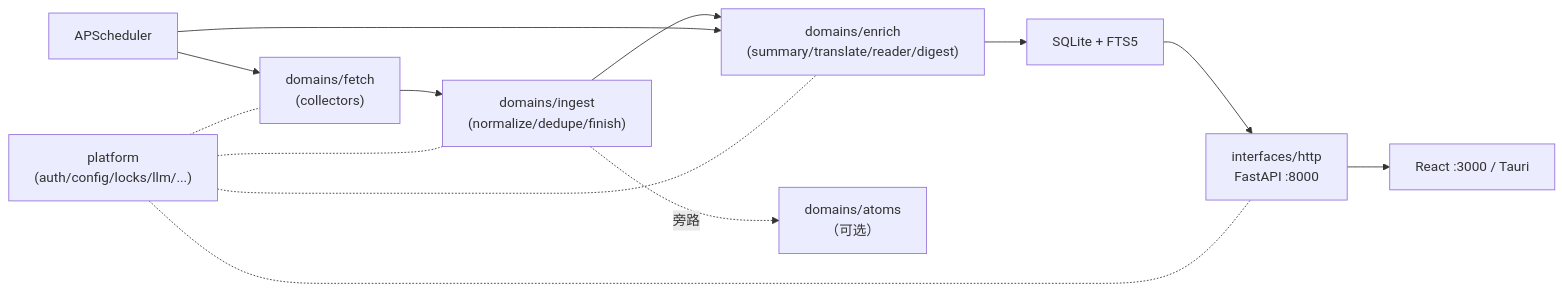
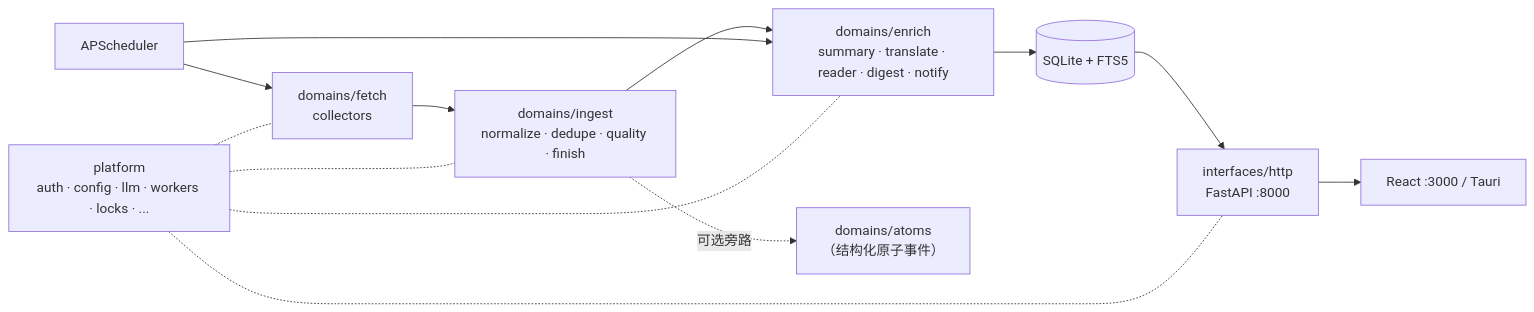
One commit to wangbubu2023/personal-info-monitor changed the diagram in README.md. Above: the diagram before and after it, drawn with Mermaid. The commit also changed other lines of this file and 1 other file, not shown here.

````diff
--- a/README.md
+++ b/README.md
@@ -21,15 +16,15 @@
 ```mermaid
 flowchart LR
-    A["domains/fetch<br/>(collectors)"] --> B["domains/ingest<br/>(normalize/dedupe/finish)"]
-    B --> C["domains/enrich<br/>(summary/translate/reader/digest)"]
-    B -. 旁路 .-> J["domains/atoms<br/>（可选）"]
-    C --> D["SQLite + FTS5"]
-    D --> E["interfaces/http<br/>FastAPI :8000"]
-    E --> F["React :3000 / Tauri"]
-    G["APScheduler"] --> A
-    G --> C
-    H["platform<br/>(auth/config/locks/llm/...)"] -.- A
-    H -.- B
-    H -.- C
-    H -.- E
+  A["domains/fetch<br/>collectors"] --> B["domains/ingest<br/>normalize · dedupe · quality · finish"]
+  B --> C["domains/enrich<br/>summary · translate · reader · digest · notify"]
+  B -. 可选旁路 .-> J["domains/atoms<br/>（结构化原子事件）"]
+  C --> D[("SQLite + FTS5")]
+  D --> E["interfaces/http<br/>FastAPI :8000"]
+  E --> F["React :3000 / Tauri"]
+  G[APScheduler] --> A
+  G --> C
+  P["platform<br/>auth · config · llm · workers · locks · ..."] -.- A
+  P -.- B
+  P -.- C
+  P -.- E
 ```
````
